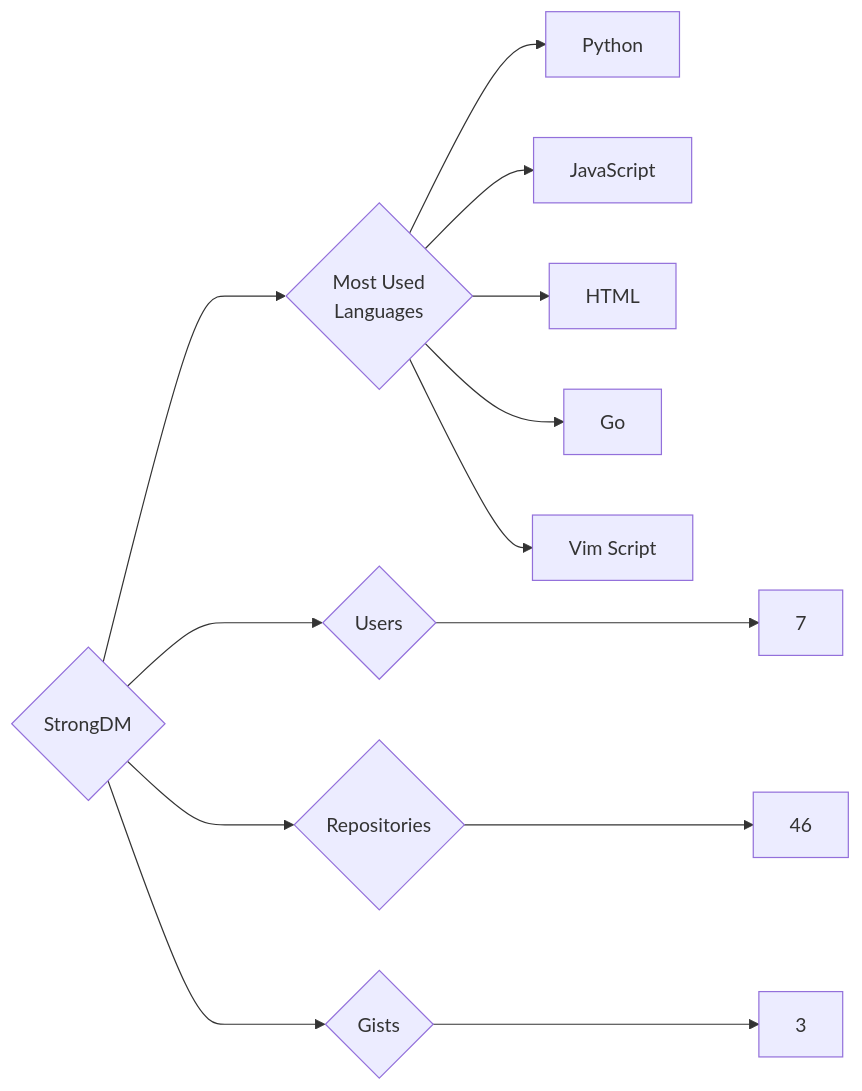
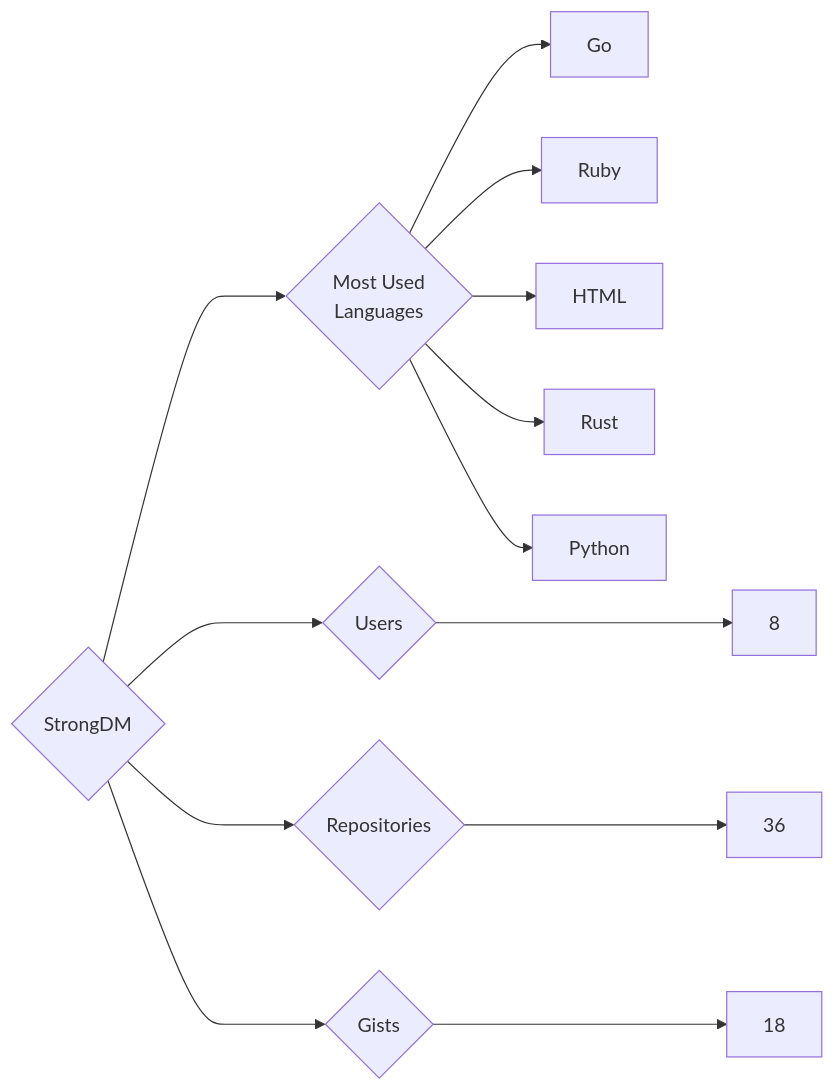
The diagram in targets/StrongDM/README.md (trickest/insiders), drawn with Mermaid before and after one commit. The commit also changed 903 other files, not shown here.

````diff
--- a/targets/StrongDM/README.md
+++ b/targets/StrongDM/README.md
@@ -3,13 +3,13 @@
 ```mermaid
 graph LR
 COMPANY_NAME{StrongDM}
-COMPANY_NAME ---> U{Users} ---> UN[7]
-COMPANY_NAME ---> R{Repositories} ---> RN[46]
-COMPANY_NAME ---> G{Gists} ---> GN[3]
+COMPANY_NAME ---> U{Users} ---> UN[8]
+COMPANY_NAME ---> R{Repositories} ---> RN[36]
+COMPANY_NAME ---> G{Gists} ---> GN[18]
 COMPANY_NAME ---> ML{Most Used<br>Languages}
+ML --> Go[Go]
+ML --> Ruby[Ruby]
+ML --> HTML[HTML]
+ML --> Rust[Rust]
 ML --> Python[Python]
-ML --> JavaScript[JavaScript]
-ML --> HTML[HTML]
-ML --> Go[Go]
-ML --> Vim_Script[Vim Script]
 ```
````
